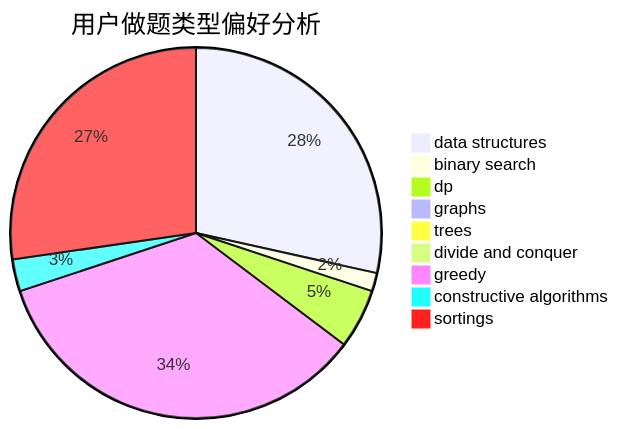
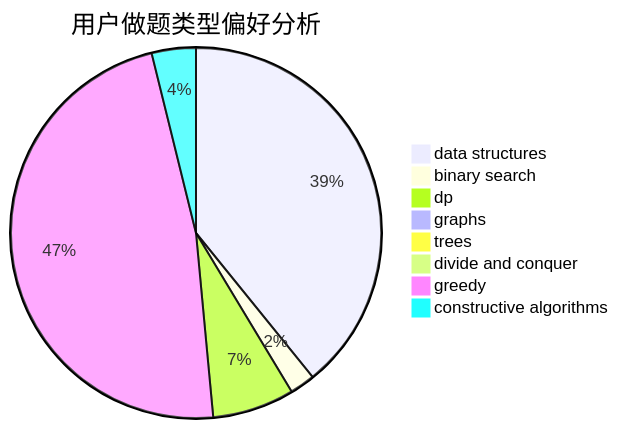
Before and after one commit to sherpahu/cfrs.github.io: the second of 3 diagrams in docs/user/u2118.md, drawn with Mermaid. The commit also changed other lines of this file and 2769 other files, not shown here.

````diff
--- a/docs/user/u2118.md
+++ b/docs/user/u2118.md
@@ -18,12 +18,11 @@
 ```mermaid
 pie title 用户做题类型偏好分析
     "data structures" :  356
     "binary search" :  20
     "dp" :  65
     "graphs" :  6
     "trees" :  7
     "divide and conquer" :  0
     "greedy" :  433
     "constructive algorithms" :  35
-    "sortings" :  341
 ```
````
